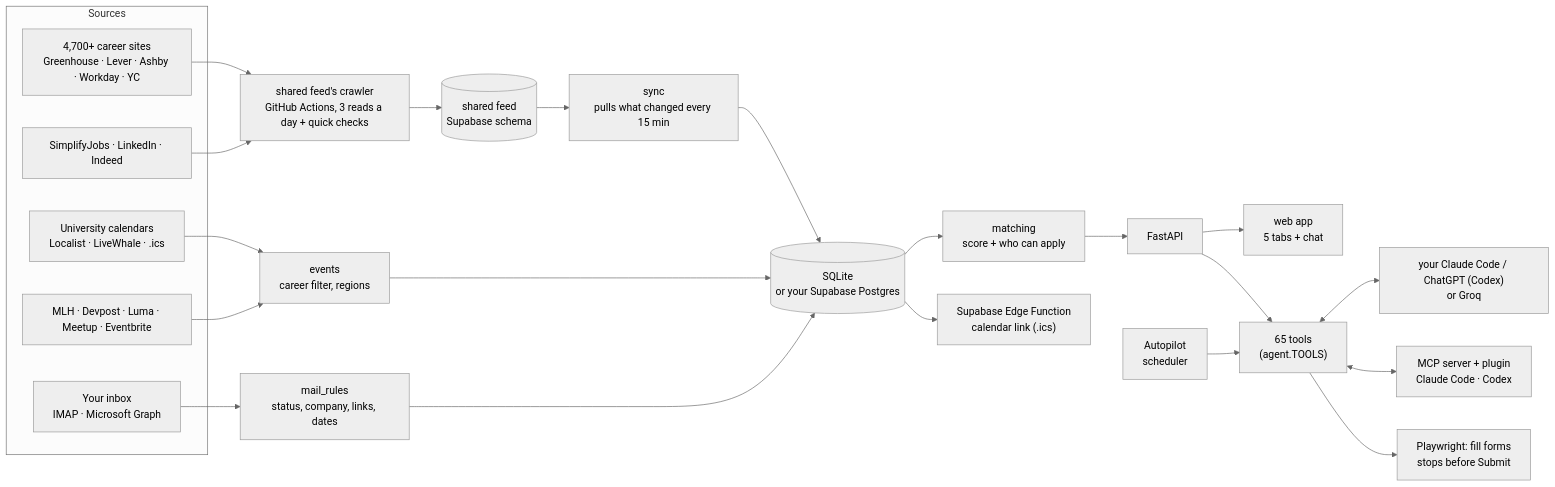
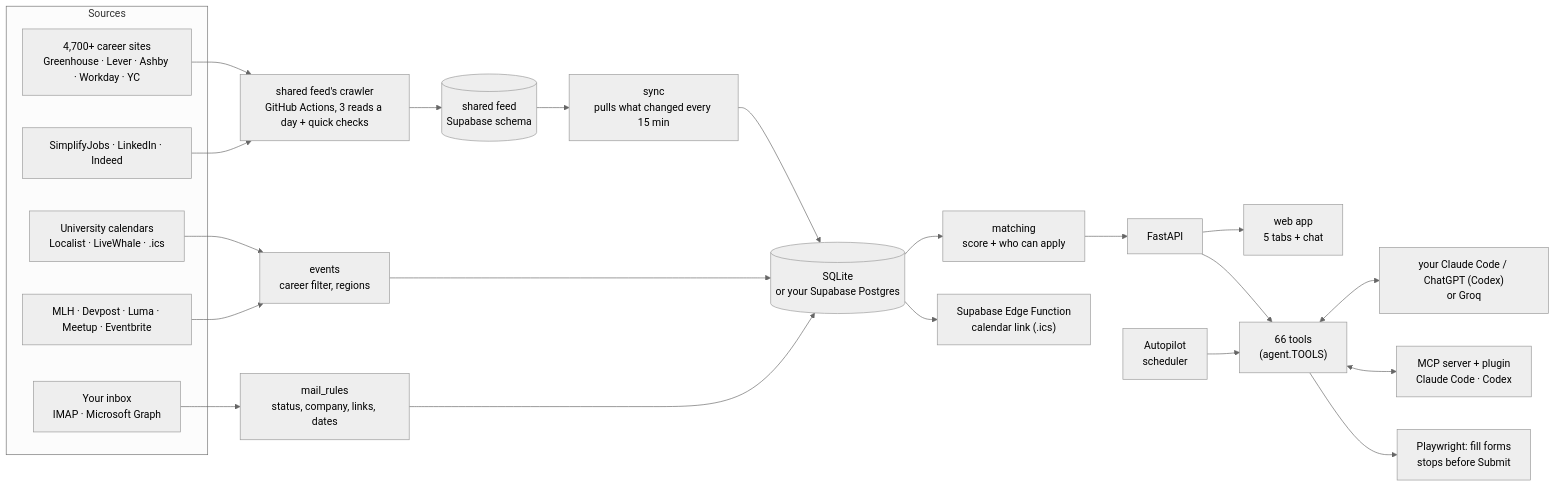
The diagram in README.md (gkhurana21/co-op-coach), drawn with Mermaid (neutral theme) before and after one commit. The commit also changed other lines of this file and 10 other files, not shown here.

````diff
--- a/README.md
+++ b/README.md
@@ -113,25 +113,25 @@
 ```mermaid
 flowchart LR
   subgraph Sources
     ATS["4,700+ career sites<br/>Greenhouse · Lever · Ashby · Workday · YC"]
     LIST["SimplifyJobs · LinkedIn · Indeed"]
     CAL["University calendars<br/>Localist · LiveWhale · .ics"]
     HACK["MLH · Devpost · Luma · Meetup · Eventbrite"]
     MAIL["Your inbox<br/>IMAP · Microsoft Graph"]
   end
   ATS & LIST --> CRAWL["shared feed's crawler<br/>GitHub Actions, 3 reads a day + quick checks"]
   CRAWL --> FEED[("shared feed<br/>Supabase schema")]
   FEED --> SYNC["sync<br/>pulls what changed every 15 min"]
   CAL & HACK --> EV["events<br/>career filter, regions"]
   MAIL --> RULES["mail_rules<br/>status, company, links, dates"]
   SYNC & EV & RULES --> DB[("SQLite<br/>or your Supabase Postgres")]
   DB --> MATCH["matching<br/>score + who can apply"]
   MATCH --> API["FastAPI"]
   API --> UI["web app<br/>5 tabs + chat"]
-  API --> TOOLS["65 tools<br/>(agent.TOOLS)"]
+  API --> TOOLS["66 tools<br/>(agent.TOOLS)"]
   TOOLS <--> AI["your Claude Code / ChatGPT (Codex)<br/>or Groq"]
   TOOLS <--> MCP["MCP server + plugin<br/>Claude Code · Codex"]
   AUTO["Autopilot<br/>scheduler"] --> TOOLS
   DB --> FN["Supabase Edge Function<br/>calendar link (.ics)"]
   TOOLS --> FILL["Playwright: fill forms<br/>stops before Submit"]
 ```
````
